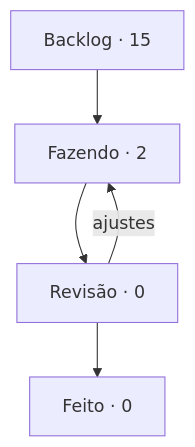
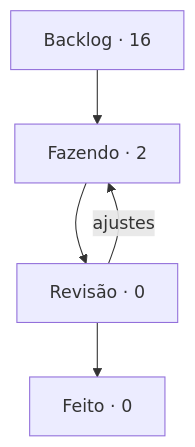
Before and after one commit to StudioVibi/VibiKanban: the diagram in boards/dungeon-bend/BOARD.md, drawn with Mermaid. The commit also changed other lines of this file and 2 other files, not shown here.

````diff
--- a/boards/dungeon-bend/BOARD.md
+++ b/boards/dungeon-bend/BOARD.md
@@ -5,10 +5,10 @@
 ```mermaid
 flowchart TD
-  backlog["Backlog · 15"] --> doing["Fazendo · 2"]
+  backlog["Backlog · 16"] --> doing["Fazendo · 2"]
   doing --> review["Revisão · 0"]
   review --> done["Feito · 0"]
   review -->|ajustes| doing
   doing:::blue
   review:::yellow
   done:::green
 ```
````
